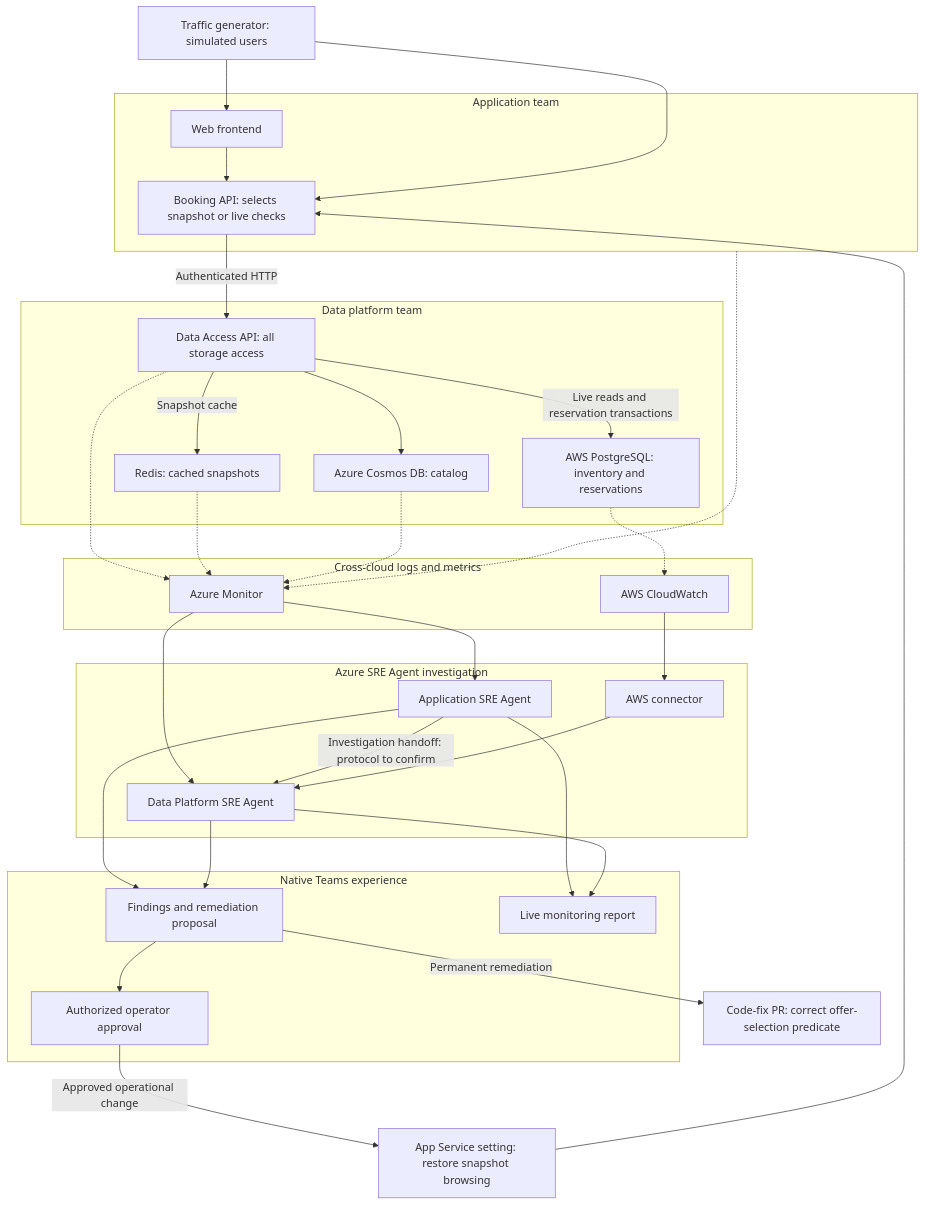
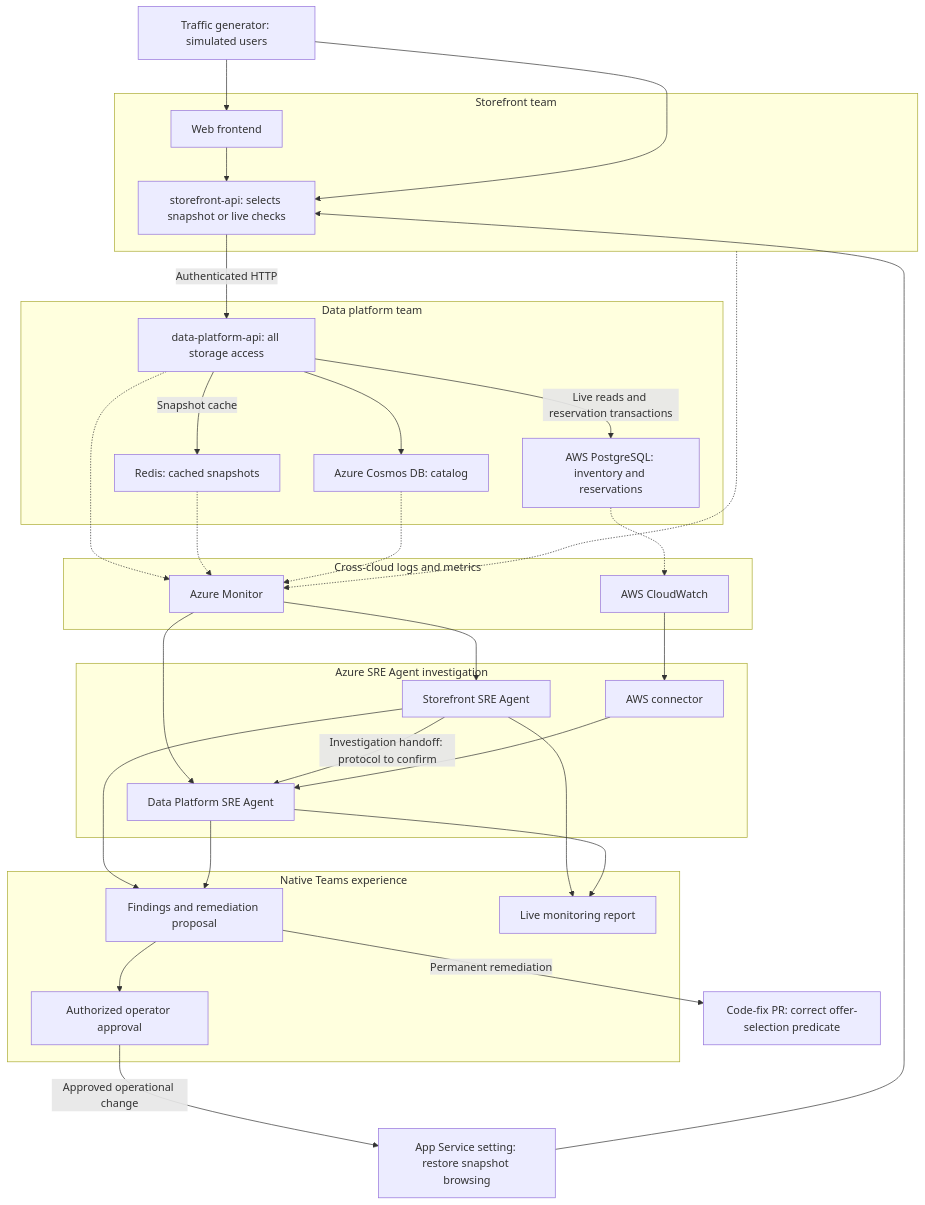
Before and after one commit to sanchitmehta/moonshot-concert: the second of 2 diagrams in README.md, drawn with Mermaid. The commit also changed other lines of this file and 11 other files, not shown here.

````diff
--- a/README.md
+++ b/README.md
@@ -258,62 +296,62 @@
 ```mermaid
 flowchart TB
     Traffic["Traffic generator: simulated users"]
 
-    subgraph App["Application team"]
+    subgraph App["Storefront team"]
         Frontend["Web frontend"]
-        Booking["Booking API: selects snapshot or live checks"]
+        Booking["storefront-api: selects snapshot or live checks"]
         Frontend --> Booking
     end
 
     subgraph Data["Data platform team"]
-        API["Data Access API: all storage access"]
+        API["data-platform-api: all storage access"]
         Cache["Redis: cached snapshots"]
         Catalog["Azure Cosmos DB: catalog"]
         Inventory["AWS PostgreSQL: inventory and reservations"]
         API -->|"Snapshot cache"| Cache
         API --> Catalog
         API -->|"Live reads and reservation transactions"| Inventory
     end
 
     Traffic --> Frontend
     Traffic --> Booking
     Booking -->|"Authenticated HTTP"| API
 
     subgraph Telemetry["Cross-cloud logs and metrics"]
         Monitor["Azure Monitor"]
         CloudWatch["AWS CloudWatch"]
     end
 
     App -.-> Monitor
     API -.-> Monitor
     Cache -.-> Monitor
     Catalog -.-> Monitor
     Inventory -.-> CloudWatch
 
     subgraph Agents["Azure SRE Agent investigation"]
-        ApplicationAgent["Application SRE Agent"]
+        ApplicationAgent["Storefront SRE Agent"]
         DataAgent["Data Platform SRE Agent"]
         AWSConnector["AWS connector"]
     end
 
     Monitor --> ApplicationAgent
     Monitor --> DataAgent
     ApplicationAgent -->|"Investigation handoff: protocol to confirm"| DataAgent
     CloudWatch --> AWSConnector
     AWSConnector --> DataAgent
 
     subgraph Teams["Native Teams experience"]
         Findings["Findings and remediation proposal"]
         Approval["Authorized operator approval"]
         Report["Live monitoring report"]
     end
 
     ApplicationAgent --> Findings
     DataAgent --> Findings
     Findings --> Approval
     Approval -->|"Approved operational change"| Setting["App Service setting: restore snapshot browsing"]
     Setting --> Booking
     Findings -->|"Permanent remediation"| CodeFix["Code-fix PR: correct offer-selection predicate"]
     ApplicationAgent --> Report
     DataAgent --> Report
 ```
````
